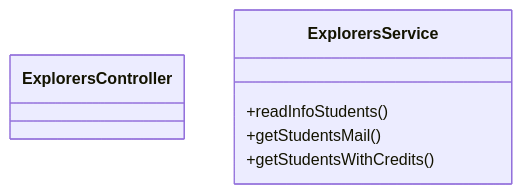
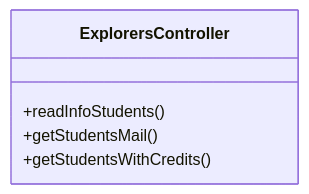
The third of 4 diagrams in README.md (blu3ming/BackEnd-Semana-4-Code-Challenge), drawn with Mermaid before and after one commit.

Commit message:
Readme modificado con diagrama de clases correcto

````diff
--- a/README.md
+++ b/README.md
@@ -43,7 +43,7 @@
 ```mermaid        
 classDiagram
     class ExplorersController
-    ExplorersService : +readInfoStudents()
-    ExplorersService : +getStudentsMail()
-    ExplorersService : +getStudentsWithCredits()
+    ExplorersController : +readInfoStudents()
+    ExplorersController : +getStudentsMail()
+    ExplorersController : +getStudentsWithCredits()
 ```
````
